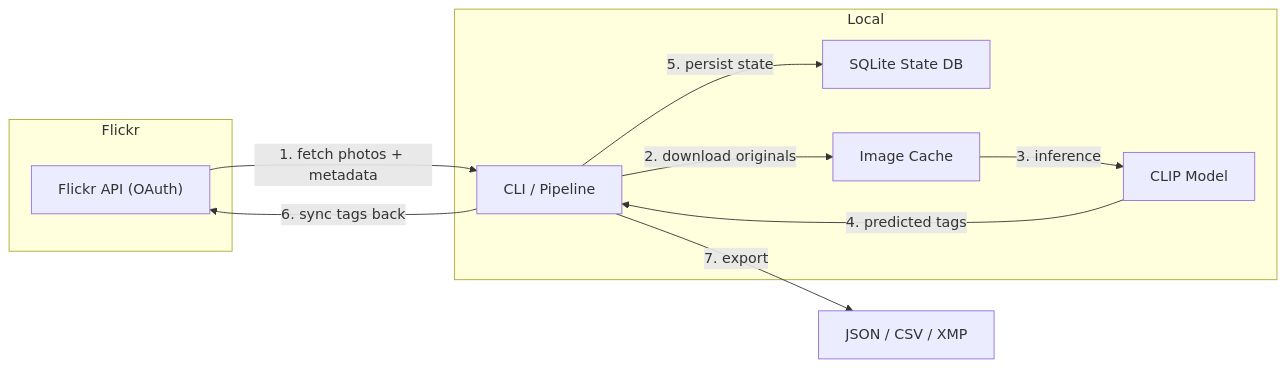
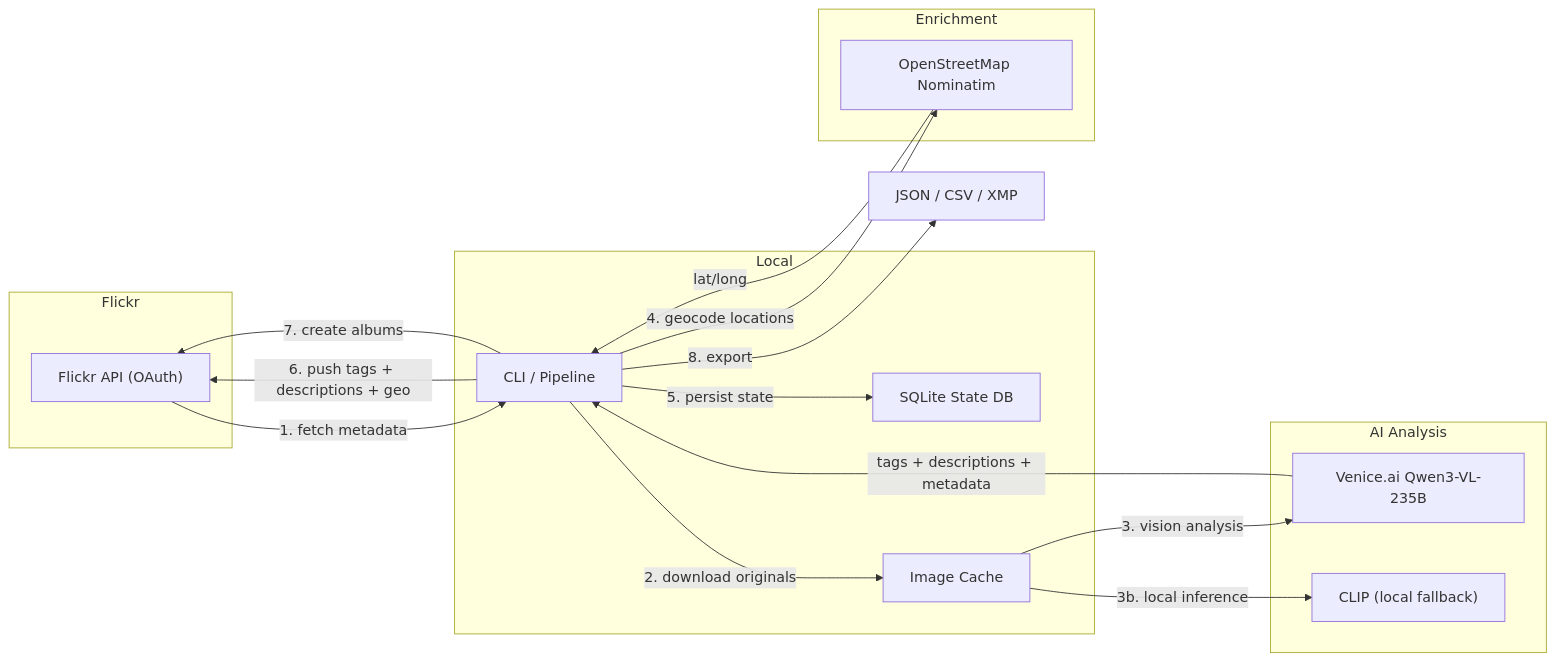
Before and after one commit to maximusmaximus/flickrtag: the diagram in README.md, drawn with Mermaid. The commit also changed other lines of this file and 1 other file, not shown here.

First line of the commit message:
docs: update README and project metadata for Venice.ai + geo + albums

````diff
--- a/README.md
+++ b/README.md
@@ -15,20 +17,30 @@
 ```mermaid
 flowchart LR
     subgraph Flickr
         A["Flickr API (OAuth)"]
     end
     subgraph Local
         B["CLI / Pipeline"]
         C["SQLite State DB"]
         D["Image Cache"]
-        E["CLIP Model"]
+    end
+    subgraph "AI Analysis"
+        E["Venice.ai Qwen3-VL-235B"]
+        F["CLIP (local fallback)"]
+    end
+    subgraph "Enrichment"
+        G["OpenStreetMap Nominatim"]
     end
 
-    A -- "1. fetch photos + metadata" --> B
+    A -- "1. fetch metadata" --> B
     B -- "2. download originals" --> D
-    D -- "3. inference" --> E
-    E -- "4. predicted tags" --> B
+    D -- "3. vision analysis" --> E
+    D -- "3b. local inference" --> F
+    E -- "tags + descriptions + metadata" --> B
+    B -- "4. geocode locations" --> G
+    G -- "lat/long" --> B
     B -- "5. persist state" --> C
-    B -- "6. sync tags back" --> A
-    B -- "7. export" --> F["JSON / CSV / XMP"]
+    B -- "6. push tags + descriptions + geo" --> A
+    B -- "7. create albums" --> A
+    B -- "8. export" --> H["JSON / CSV / XMP"]
 ```
````
